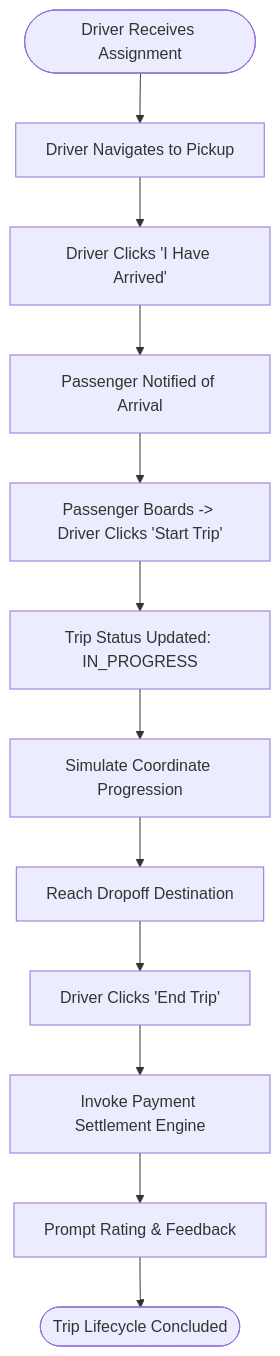
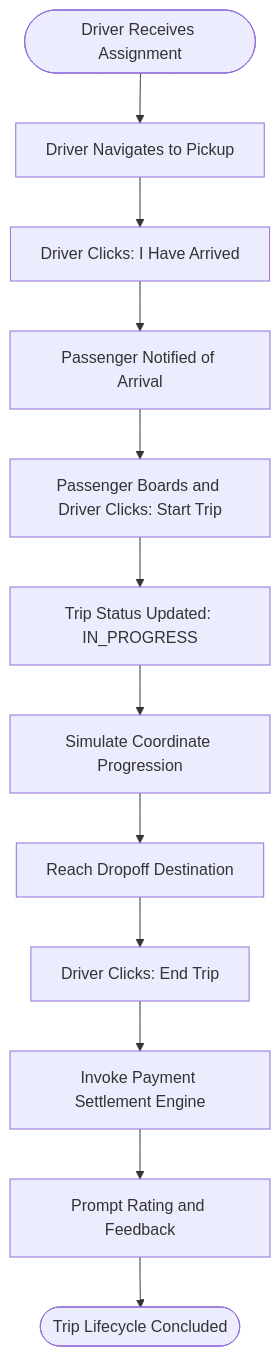
Before and after one commit to emmanueloyono-debug/ViaMe: diagram 12 of 17 in VIAME_PROJECT_SPECIFICATION.md, drawn with Mermaid. The commit also changed other lines of this file, not shown here.

Commit message:
fix(docs): resolve all Mermaid syntax errors in Deployment, Activities 1-3, and ERD

````diff
--- a/VIAME_PROJECT_SPECIFICATION.md
+++ b/VIAME_PROJECT_SPECIFICATION.md
@@ -682,14 +682,14 @@
 ```mermaid
 flowchart TD
-    Start([Driver Receives Assignment]) --> NavigateToPickup[Driver Navigates to Pickup]
-    NavigateToPickup --> DriverArrives[Driver Clicks 'I Have Arrived']
-    DriverArrives --> NotifyPass[Passenger Notified of Arrival]
-    NotifyPass --> StartRide[Passenger Boards -> Driver Clicks 'Start Trip']
-    StartRide --> ChangeStatus[Trip Status Updated: IN_PROGRESS]
-    ChangeStatus --> TravelSim[Simulate Coordinate Progression]
-    TravelSim --> ReachDest[Reach Dropoff Destination]
-    ReachDest --> EndTrip[Driver Clicks 'End Trip']
-    EndTrip --> TriggerPayment[Invoke Payment Settlement Engine]
-    TriggerPayment --> RatePrompt[Prompt Rating & Feedback]
-    RatePrompt --> EndWorkflow([Trip Lifecycle Concluded])
+    Start(["Driver Receives Assignment"]) --> NavigateToPickup["Driver Navigates to Pickup"]
+    NavigateToPickup --> DriverArrives["Driver Clicks: I Have Arrived"]
+    DriverArrives --> NotifyPass["Passenger Notified of Arrival"]
+    NotifyPass --> StartRide["Passenger Boards and Driver Clicks: Start Trip"]
+    StartRide --> ChangeStatus["Trip Status Updated: IN_PROGRESS"]
+    ChangeStatus --> TravelSim["Simulate Coordinate Progression"]
+    TravelSim --> ReachDest["Reach Dropoff Destination"]
+    ReachDest --> EndTrip["Driver Clicks: End Trip"]
+    EndTrip --> TriggerPayment["Invoke Payment Settlement Engine"]
+    TriggerPayment --> RatePrompt["Prompt Rating and Feedback"]
+    RatePrompt --> EndWorkflow(["Trip Lifecycle Concluded"])
 ```
````
